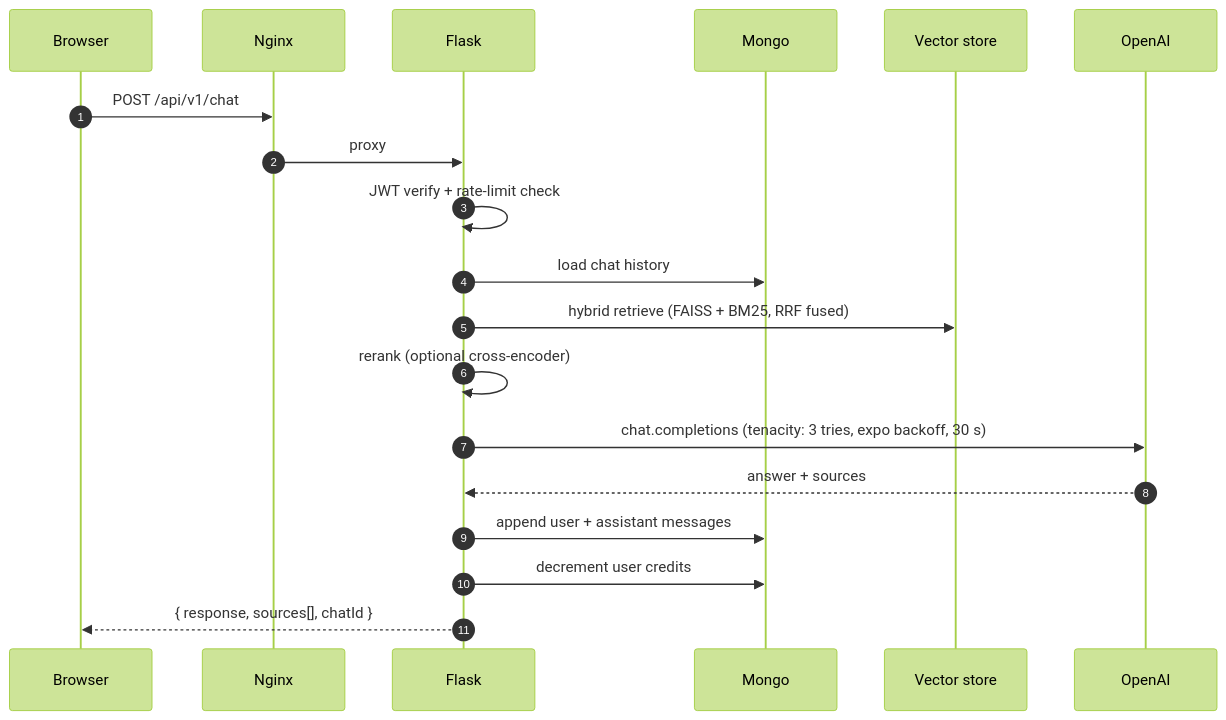
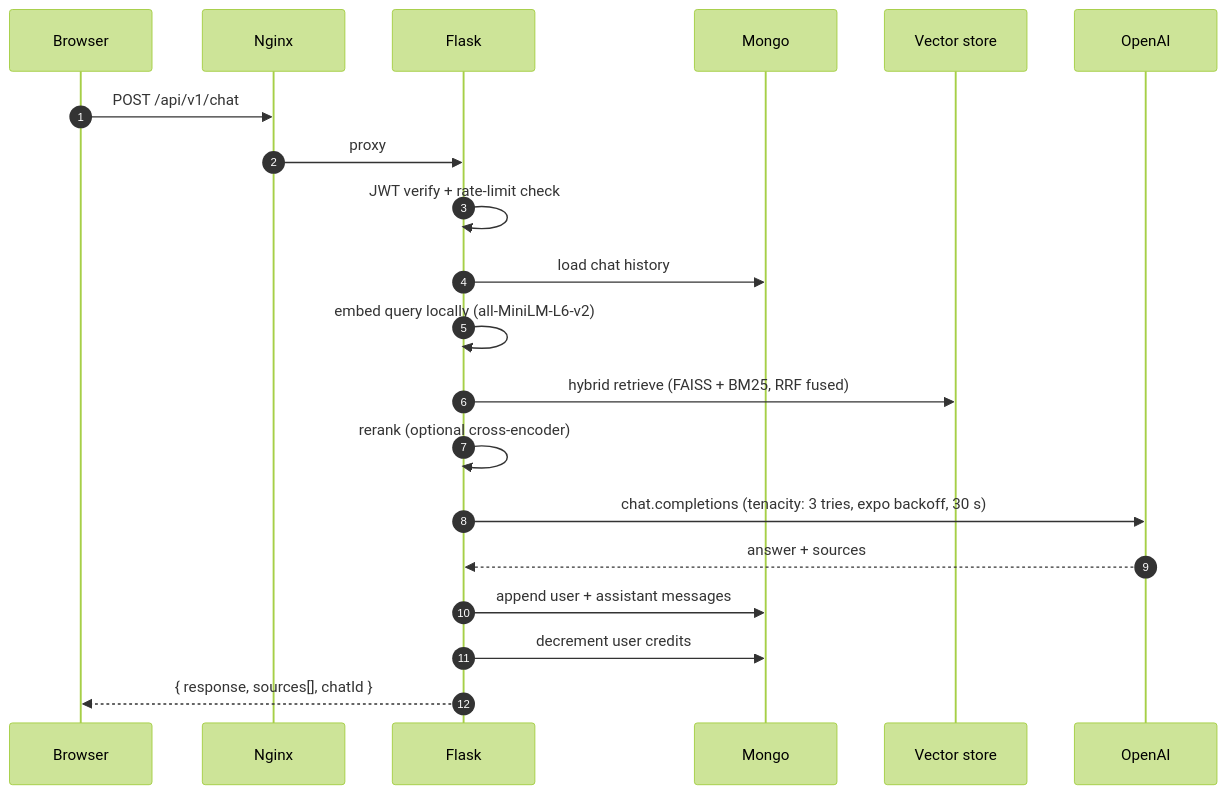
Before and after one commit to ankitmaurya-16/document_AI: the third of 5 diagrams in ARCHITECTURE.md, drawn with Mermaid (forest theme). The commit also changed other lines of this file, not shown here.

Commit message:
docs: correct ARCHITECTURE diagrams and data model to match the code

````diff
--- a/ARCHITECTURE.md
+++ b/ARCHITECTURE.md
@@ -62,22 +61,23 @@
 ```mermaid
 sequenceDiagram
     autonumber
     participant U as Browser
     participant N as Nginx
     participant F as Flask
     participant M as Mongo
     participant V as Vector store
     participant O as OpenAI
 
     U->>N: POST /api/v1/chat
     N->>F: proxy
     F->>F: JWT verify + rate-limit check
     F->>M: load chat history
+    F->>F: embed query locally (all-MiniLM-L6-v2)
     F->>V: hybrid retrieve (FAISS + BM25, RRF fused)
     F->>F: rerank (optional cross-encoder)
     F->>O: chat.completions (tenacity: 3 tries, expo backoff, 30 s)
     O-->>F: answer + sources
     F->>M: append user + assistant messages
     F->>M: decrement user credits
     F-->>U: { response, sources[], chatId }
 ```
````
